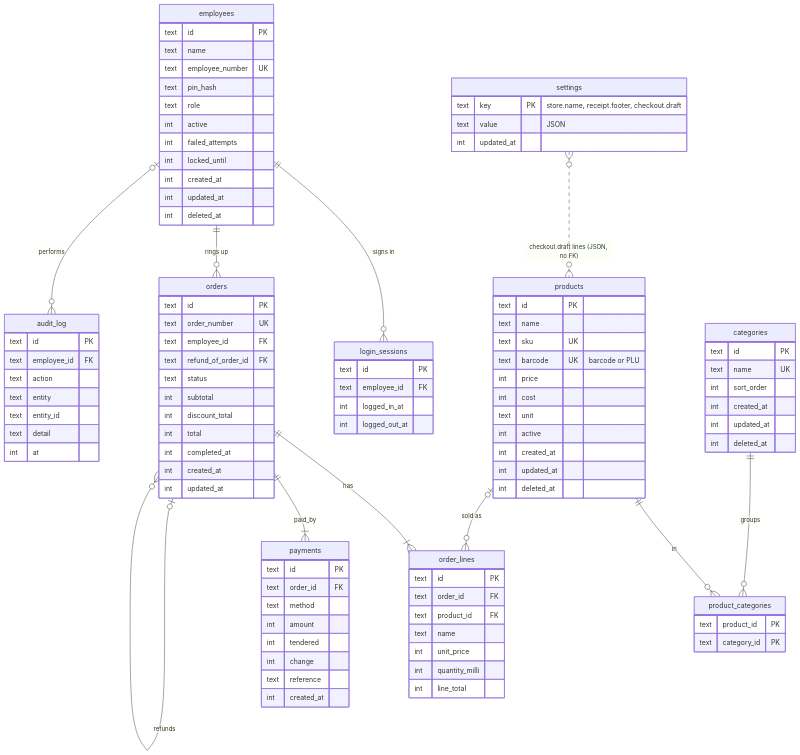
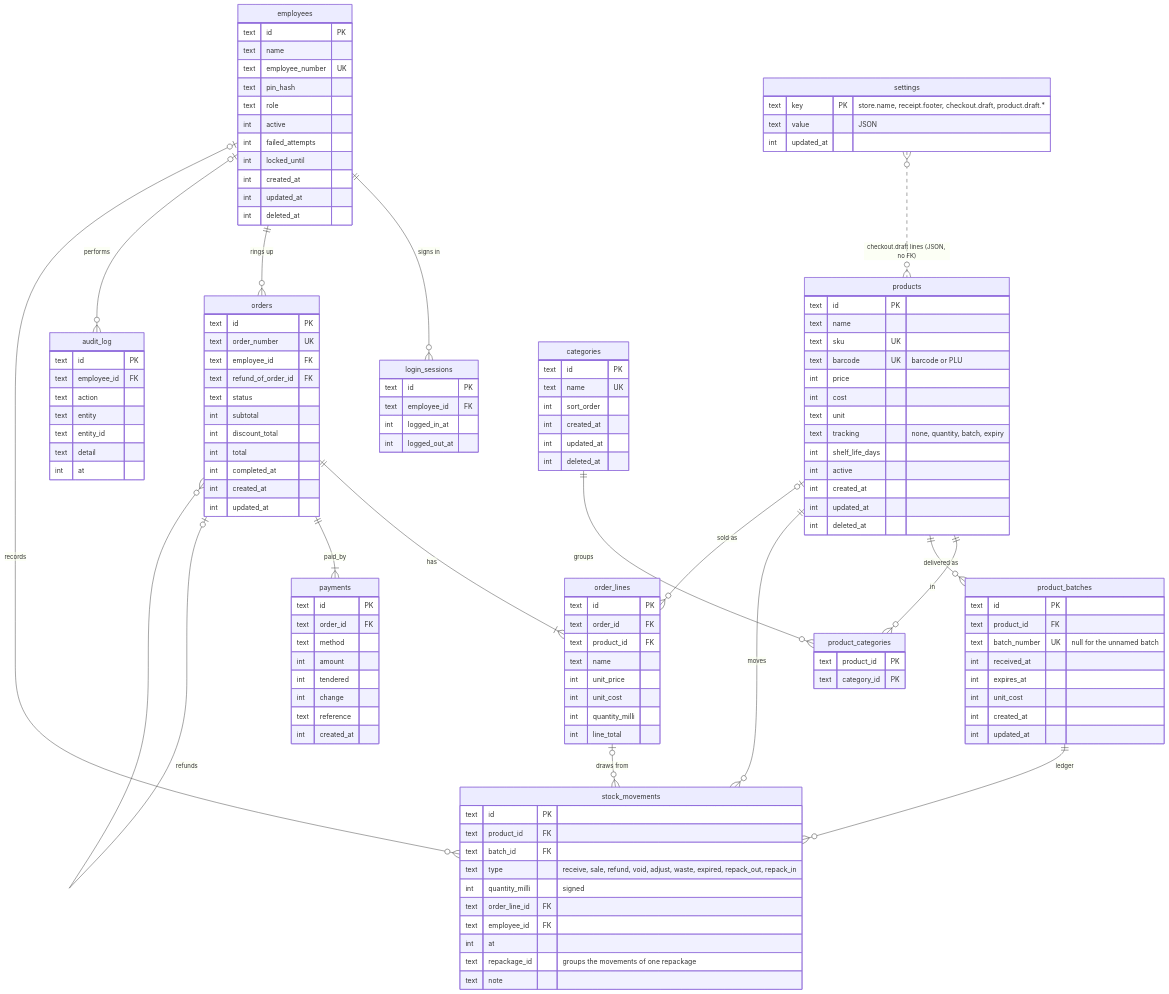
The diagram in docs/erd.mmd (Joseph-013/MicroPOS-monorepo), drawn with Mermaid before and after one commit. The commit also changed 62 other files, not shown here.

```diff
--- a/docs/erd.mmd
+++ b/docs/erd.mmd
@@ -1,102 +1,132 @@
 erDiagram
     employees ||--o{ login_sessions : "signs in"
     employees ||--o{ orders : "rings up"
     employees |o--o{ audit_log : "performs"
     settings }o..o{ products : "checkout.draft lines (JSON, no FK)"
     products ||--o{ product_categories : "in"
+    products ||--o{ product_batches : "delivered as"
+    product_batches ||--o{ stock_movements : "ledger"
+    products ||--o{ stock_movements : "moves"
+    order_lines |o--o{ stock_movements : "draws from"
+    employees |o--o{ stock_movements : "records"
     categories ||--o{ product_categories : "groups"
     orders ||--|{ order_lines : "has"
     products |o--o{ order_lines : "sold as"
     orders ||--|{ payments : "paid_by"
     orders |o--o{ orders : "refunds"
 
     employees {
         text id PK
         text name
         text employee_number UK
         text pin_hash
         text role
         int active
         int failed_attempts
         int locked_until
         int created_at
         int updated_at
         int deleted_at
     }
     login_sessions {
         text id PK
         text employee_id FK
         int logged_in_at
         int logged_out_at
     }
     audit_log {
         text id PK
         text employee_id FK
         text action
         text entity
         text entity_id
         text detail
         int at
     }
     categories {
         text id PK
         text name UK
         int sort_order
         int created_at
         int updated_at
         int deleted_at
     }
     product_categories {
         text product_id PK
         text category_id PK
     }
     products {
         text id PK
         text name
         text sku UK
         text barcode UK "barcode or PLU"
         int price
         int cost
         text unit
+        text tracking "none, quantity, batch, expiry"
+        int shelf_life_days
         int active
         int created_at
         int updated_at
         int deleted_at
+    }
+    product_batches {
+        text id PK
+        text product_id FK
+        text batch_number UK "null for the unnamed batch"
+        int received_at
+        int expires_at
+        int unit_cost
+        int created_at
+        int updated_at
+    }
+    stock_movements {
+        text id PK
+        text product_id FK
+        text batch_id FK
+        text type "receive, sale, refund, void, adjust, waste, expired, repack_out, repack_in"
+        int quantity_milli "signed"
+        text order_line_id FK
+        text employee_id FK
+        int at
+        text repackage_id "groups the movements of one repackage"
+        text note
     }
     orders {
         text id PK
         text order_number UK
         text employee_id FK
         text refund_of_order_id FK
         text status
         int subtotal
         int discount_total
         int total
         int completed_at
         int created_at
         int updated_at
     }
     order_lines {
         text id PK
         text order_id FK
         text product_id FK
         text name
         int unit_price
+        int unit_cost
         int quantity_milli
         int line_total
     }
     payments {
         text id PK
         text order_id FK
         text method
         int amount
         int tendered
         int change
         text reference
         int created_at
     }
     settings {
-        text key PK "store.name, receipt.footer, checkout.draft"
+        text key PK "store.name, receipt.footer, checkout.draft, product.draft.*"
         text value "JSON"
         int updated_at
     }
```
